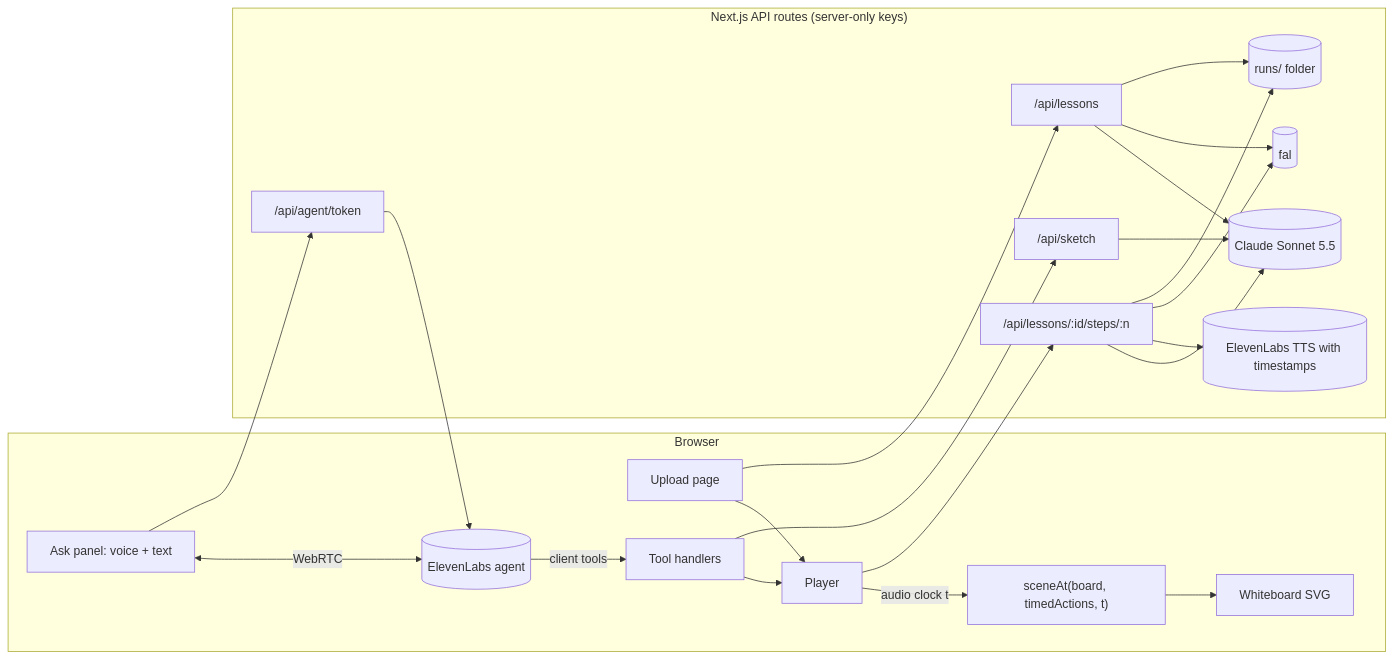
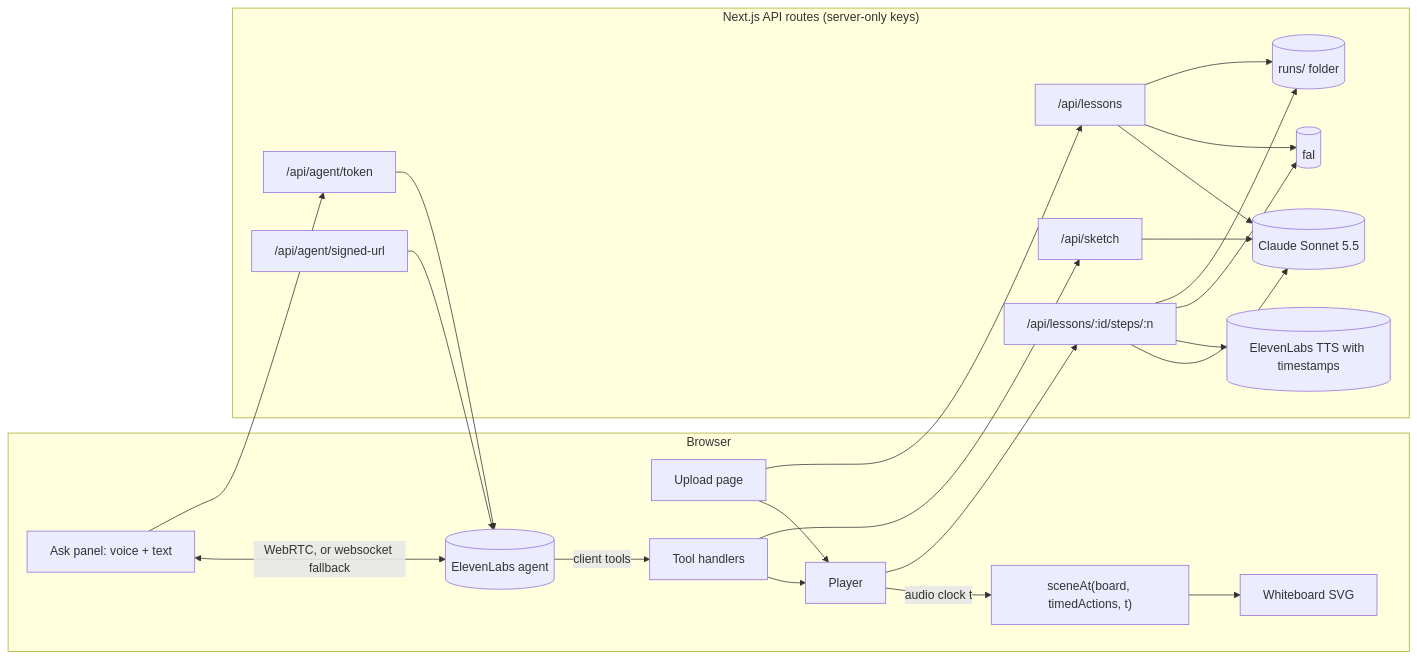
One commit to Jho0413/Unfolded changed the first of 4 diagrams in docs/ARCHITECTURE.md. Above: the diagram before and after it, drawn with Mermaid. The commit also changed other lines of this file, not shown here.

Commit message:
docs(architecture): document the signed-url fallback route

````diff
--- a/docs/ARCHITECTURE.md
+++ b/docs/ARCHITECTURE.md
@@ -27,26 +27,27 @@
 ```mermaid
 flowchart LR
   subgraph Browser
     U[Upload page] --> P[Player]
     P -->|audio clock t| S["sceneAt(board, timedActions, t)"]
     S --> W[Whiteboard SVG]
-    Q["Ask panel: voice + text"] <-->|WebRTC| EA[(ElevenLabs agent)]
+    Q["Ask panel: voice + text"] <-->|WebRTC, or websocket fallback| EA[(ElevenLabs agent)]
     EA -->|client tools| T[Tool handlers]
     T --> P
   end
   subgraph API["Next.js API routes (server-only keys)"]
     L["/api/lessons"] --> C[(Claude Sonnet 5.5)]
     L --> F
     ST["/api/lessons/:id/steps/:n"] --> C
     ST --> E[(ElevenLabs TTS with timestamps)]
     ST --> F[(fal)]
     SK["/api/sketch"] --> C
     TK["/api/agent/token"] --> EA
+    SU["/api/agent/signed-url"] --> EA
     ST --> R[("runs/ folder")]
     L --> R
   end
   U --> L
   P --> ST
   T --> SK
   Q --> TK
 ```
````
